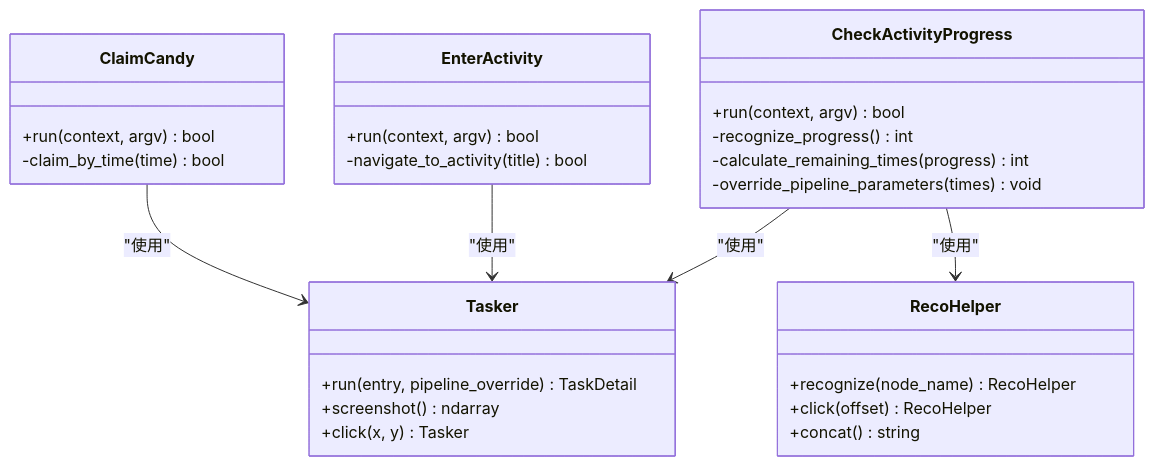
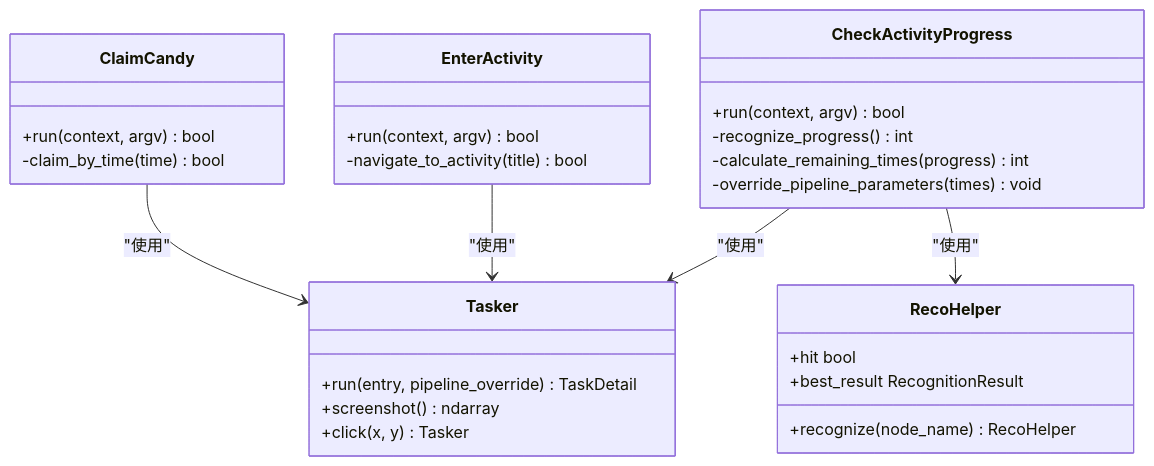
The second of 9 diagrams in .qoder/repowiki/zh/content/Activity Progress Check.md (kqcoxn/MaaDuDuL), drawn with Mermaid before and after one commit. The commit also changed other lines of this file and 12 other files, not shown here.

````diff
--- a/.qoder/repowiki/zh/content/Activity Progress Check.md
+++ b/.qoder/repowiki/zh/content/Activity Progress Check.md
@@ -89,31 +96,31 @@
 ```mermaid
 classDiagram
 class CheckActivityProgress {
 +run(context, argv) bool
 -recognize_progress() int
 -calculate_remaining_times(progress) int
 -override_pipeline_parameters(times) void
 }
 class EnterActivity {
 +run(context, argv) bool
 -navigate_to_activity(title) bool
 }
 class ClaimCandy {
 +run(context, argv) bool
 -claim_by_time(time) bool
 }
 class Tasker {
 +run(entry, pipeline_override) TaskDetail
 +screenshot() ndarray
 +click(x, y) Tasker
 }
 class RecoHelper {
 +recognize(node_name) RecoHelper
-+click(offset) RecoHelper
-+concat() string
++hit bool
++best_result RecognitionResult
 }
 CheckActivityProgress --> Tasker : "使用"
 CheckActivityProgress --> RecoHelper : "使用"
 EnterActivity --> Tasker : "使用"
 ClaimCandy --> Tasker : "使用"
 ```
````
